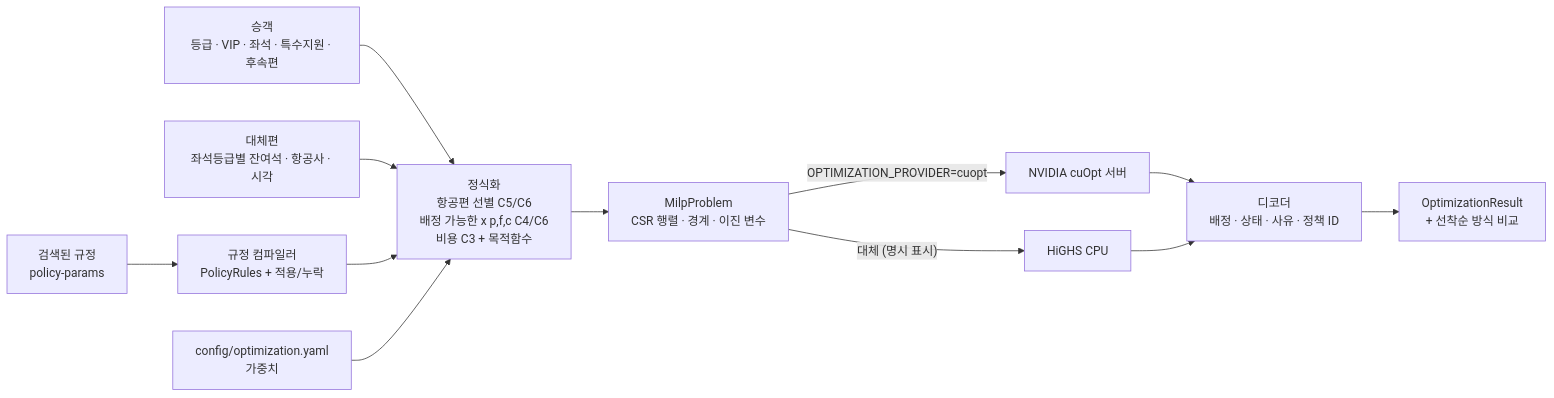
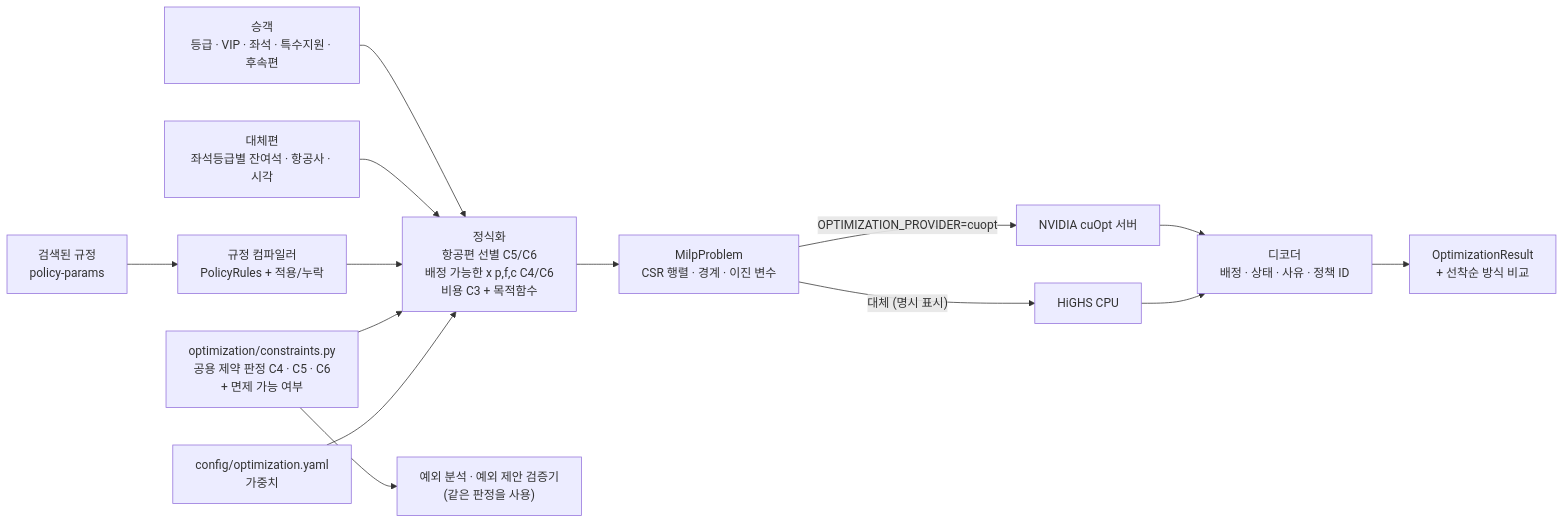
Before and after one commit to hyunolike/reroute-irops-agent: the sixth of 7 diagrams in docs/architecture.md, drawn with Mermaid. The commit also changed other lines of this file and 3 other files, not shown here.

````diff
--- a/docs/architecture.md
+++ b/docs/architecture.md
@@ -187,13 +207,15 @@
 ```mermaid
 flowchart LR
     P["승객<br/>등급 · VIP · 좌석 · 특수지원 · 후속편"] --> F
     ALT["대체편<br/>좌석등급별 잔여석 · 항공사 · 시각"] --> F
     POL["검색된 규정<br/>policy-params"] --> C["규정 컴파일러<br/>PolicyRules + 적용/누락"] --> F
+    CON["optimization/constraints.py<br/>공용 제약 판정 C4 · C5 · C6<br/>+ 면제 가능 여부"] --> F
+    CON --> EX["예외 분석 · 예외 제안 검증기<br/>(같은 판정을 사용)"]
     W["config/optimization.yaml<br/>가중치"] --> F
     F["정식화<br/>항공편 선별 C5/C6<br/>배정 가능한 x p,f,c C4/C6<br/>비용 C3 + 목적함수"] --> M["MilpProblem<br/>CSR 행렬 · 경계 · 이진 변수"]
     M -->|"OPTIMIZATION_PROVIDER=cuopt"| CU["NVIDIA cuOpt 서버"]
     M -->|"대체 (명시 표시)"| HI["HiGHS CPU"]
     CU --> D["디코더<br/>배정 · 상태 · 사유 · 정책 ID"]
     HI --> D
     D --> R["OptimizationResult<br/>+ 선착순 방식 비교"]
 ```
````
